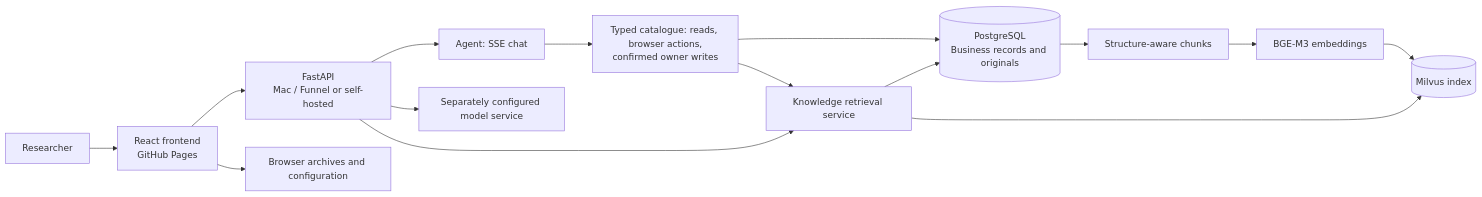
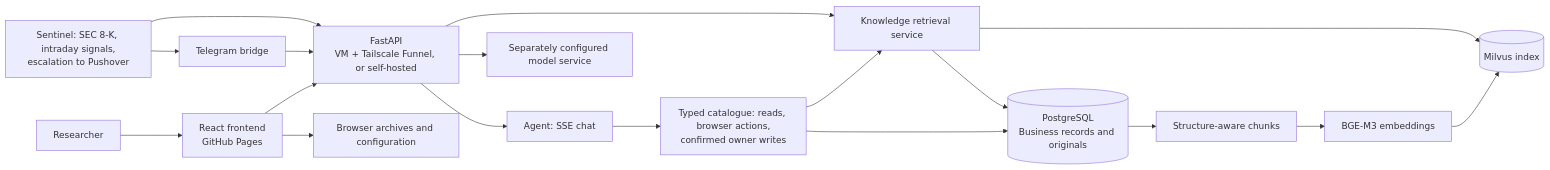
The diagram in README.en.md (wp1461772181-glitch/FinBot), drawn with Mermaid before and after one commit. The commit also changed other lines of this file and 3 other files, not shown here.

````diff
--- a/README.en.md
+++ b/README.en.md
@@ -78,17 +93,20 @@
 ```mermaid
 flowchart LR
   U[Researcher] --> FE[React frontend<br/>GitHub Pages]
-  FE --> API[FastAPI<br/>Mac / Funnel or self-hosted]
+  FE --> API[FastAPI<br/>VM + Tailscale Funnel, or self-hosted]
   API --> AG[Agent: SSE chat]
+  TG[Telegram bridge] --> API
+  SN[Sentinel: SEC 8-K, intraday signals,<br/>escalation to Pushover] --> API
+  SN --> TG
   AG --> T[Typed catalogue: reads, browser actions,<br/>confirmed owner writes]
   T --> PG[(PostgreSQL<br/>Business records and originals)]
   T --> KB[Knowledge retrieval service]
   API --> KB
   PG --> CH[Structure-aware chunks]
   CH --> EMB[BGE-M3 embeddings]
   EMB --> MV[(Milvus index)]
   KB --> PG
   KB --> MV
   API --> LLM[Separately configured model service]
   FE --> LOCAL[Browser archives and configuration]
 ```
````
